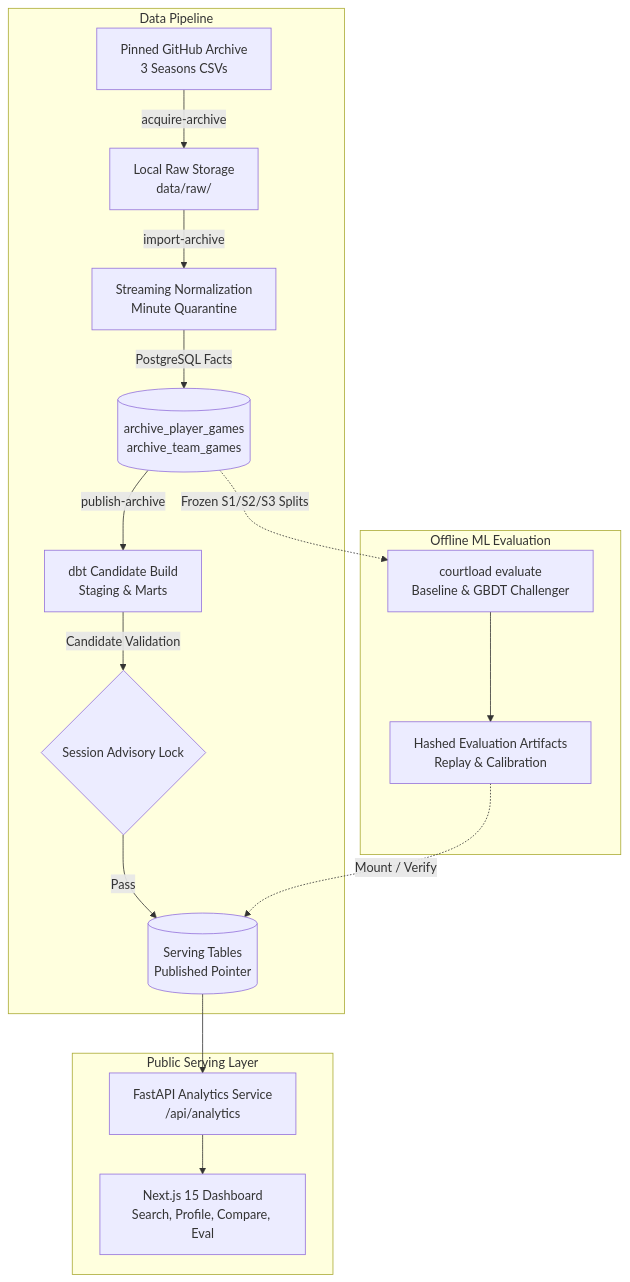
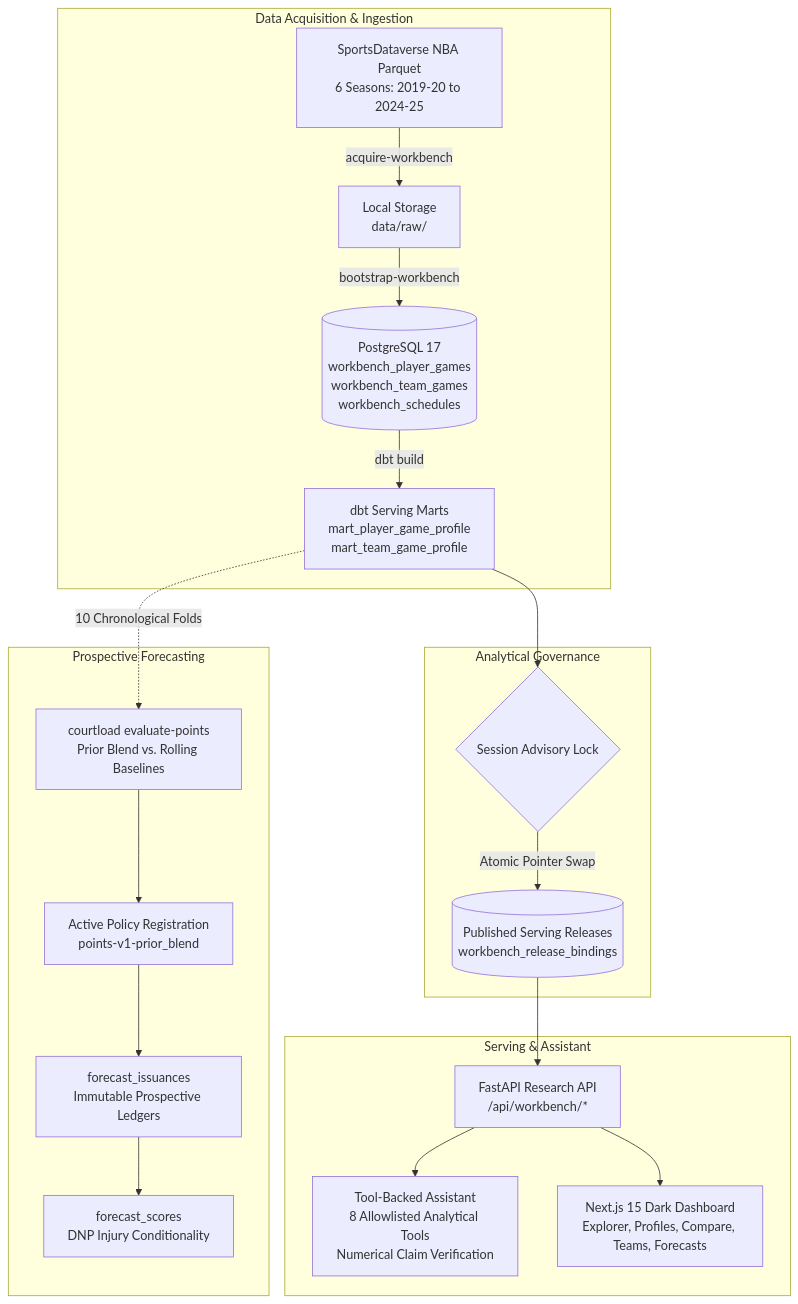
Before and after one commit to calebhabesh/courtlens: the diagram in README.md, drawn with Mermaid. The commit also changed other lines of this file and 17 other files, not shown here.

````diff
--- a/README.md
+++ b/README.md
@@ -50,22 +56,26 @@
 ```mermaid
 flowchart TD
-    subgraph Data Pipeline
-        RAW[Pinned GitHub Archive<br/>3 Seasons CSVs] -->|acquire-archive| ACQ[Local Raw Storage<br/>data/raw/]
-        ACQ -->|import-archive| NORM[Streaming Normalization<br/>Minute Quarantine]
-        NORM -->|PostgreSQL Facts| FACTS[(archive_player_games<br/>archive_team_games)]
-        FACTS -->|publish-archive| DBT[dbt Candidate Build<br/>Staging & Marts]
-        DBT -->|Candidate Validation| PUBLISH{Session Advisory Lock}
-        PUBLISH -->|Pass| SERVE[(Serving Tables<br/>Published Pointer)]
+    subgraph Data Acquisition & Ingestion
+        RAW[SportsDataverse NBA Parquet<br/>6 Seasons: 2019-20 to 2024-25] -->|acquire-workbench| STG_FILES[Local Storage<br/>data/raw/]
+        STG_FILES -->|bootstrap-workbench| FACTS[(PostgreSQL 17<br/>workbench_player_games<br/>workbench_team_games<br/>workbench_schedules)]
+        FACTS -->|dbt build| WAREHOUSE[dbt Serving Marts<br/>mart_player_game_profile<br/>mart_team_game_profile]
     end
 
-    subgraph Offline ML Evaluation
-        FACTS -.->|Frozen S1/S2/S3 Splits| EVAL[courtload evaluate<br/>Baseline & GBDT Challenger]
-        EVAL --> ARTIFACTS[Hashed Evaluation Artifacts<br/>Replay & Calibration]
-        ARTIFACTS -.->|Mount / Verify| SERVE
+    subgraph Analytical Governance
+        WAREHOUSE --> LOCK{Session Advisory Lock}
+        LOCK -->|Atomic Pointer Swap| SNAPSHOTS[(Published Serving Releases<br/>workbench_release_bindings)]
     end
 
-    subgraph Public Serving Layer
-        SERVE --> API[FastAPI Analytics Service<br/>/api/analytics]
-        API --> WEB[Next.js 15 Dashboard<br/>Search, Profile, Compare, Eval]
+    subgraph Prospective Forecasting
+        WAREHOUSE -.->|10 Chronological Folds| EVAL[courtload evaluate-points<br/>Prior Blend vs. Rolling Baselines]
+        EVAL --> POLICY[Active Policy Registration<br/>points-v1-prior_blend]
+        POLICY --> ISSUANCE[forecast_issuances<br/>Immutable Prospective Ledgers]
+        ISSUANCE --> SCORING[forecast_scores<br/>DNP Injury Conditionality]
+    end
+
+    subgraph Serving & Assistant
+        SNAPSHOTS --> API[FastAPI Research API<br/>/api/workbench/*]
+        API --> ASST[Tool-Backed Assistant<br/>8 Allowlisted Analytical Tools<br/>Numerical Claim Verification]
+        API --> DASH[Next.js 15 Dark Dashboard<br/>Explorer, Profiles, Compare, Teams, Forecasts]
     end
 ```
````
